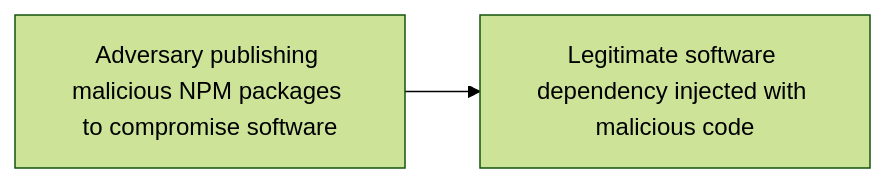
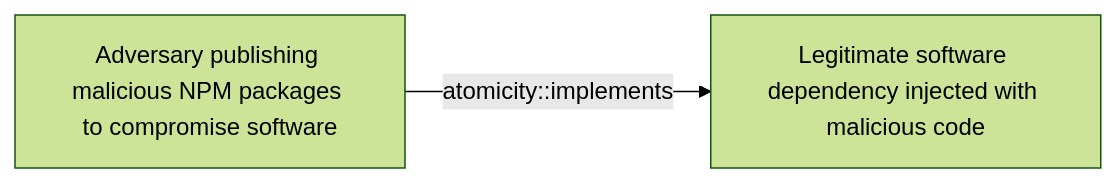
One commit to opentidehq/library changed the diagram in docs/threats/adversary-publishing-malicious-npm-packages-to-compromise-software.md. Above: the diagram before and after it, drawn with Mermaid (forest theme). The commit also changed other lines of this file and 277 other files, not shown here.

````diff
--- a/docs/threats/adversary-publishing-malicious-npm-packages-to-compromise-software.md
+++ b/docs/threats/adversary-publishing-malicious-npm-packages-to-compromise-software.md
@@ -34,6 +74,6 @@
 ```mermaid
 flowchart LR
 d24f2b4a_80fc_4ee7_9293_3f6e9e3bbbe4["Adversary publishing malicious NPM packages to compromise software"]
 b6887f4b_eeae_462c_a2ac_7454efb5eabc["Legitimate software dependency injected with malicious code"]
-d24f2b4a_80fc_4ee7_9293_3f6e9e3bbbe4 --> b6887f4b_eeae_462c_a2ac_7454efb5eabc
+d24f2b4a_80fc_4ee7_9293_3f6e9e3bbbe4 -->|atomicity::implements| b6887f4b_eeae_462c_a2ac_7454efb5eabc
 ```
````
